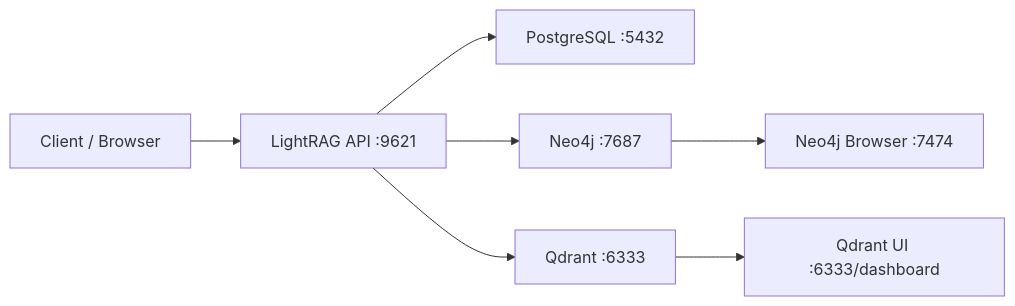
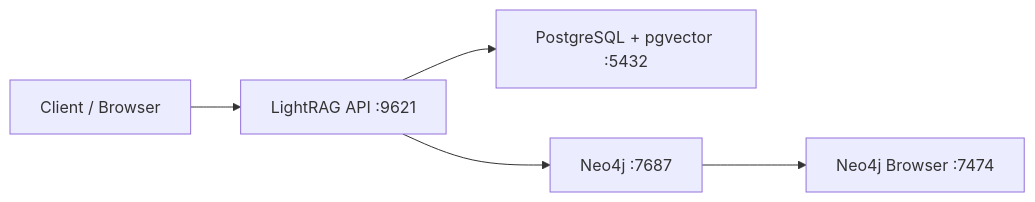
The diagram in README.md (eual8/lightrag-docker-stack), drawn with Mermaid before and after one commit. The commit also changed other lines of this file and 2 other files, not shown here.

Commit message:
Remove Qdrant support and migrate to PostgreSQL with pgvector for vector storage. Update configurations and documentation accordingly.

````diff
--- a/README.md
+++ b/README.md
@@ -10,9 +9,7 @@
 ```mermaid
 flowchart LR
     U["Client / Browser"] --> A["LightRAG API :9621"]
-    A --> P["PostgreSQL :5432"]
+    A --> P["PostgreSQL + pgvector :5432"]
     A --> N["Neo4j :7687"]
-    A --> Q["Qdrant :6333"]
     N --> NB["Neo4j Browser :7474"]
-    Q --> QW["Qdrant UI :6333/dashboard"]
 ```
````
